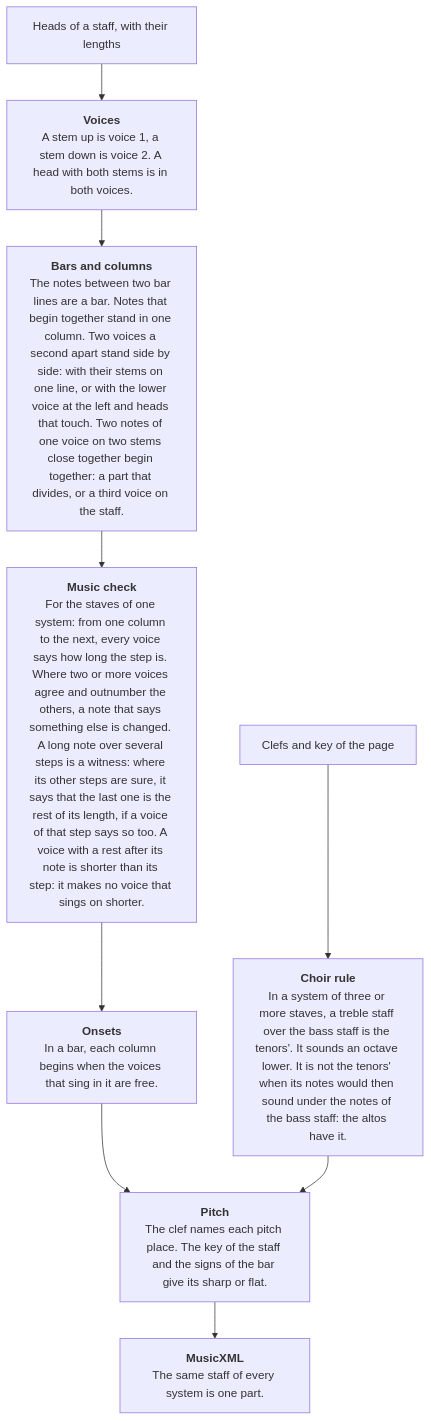
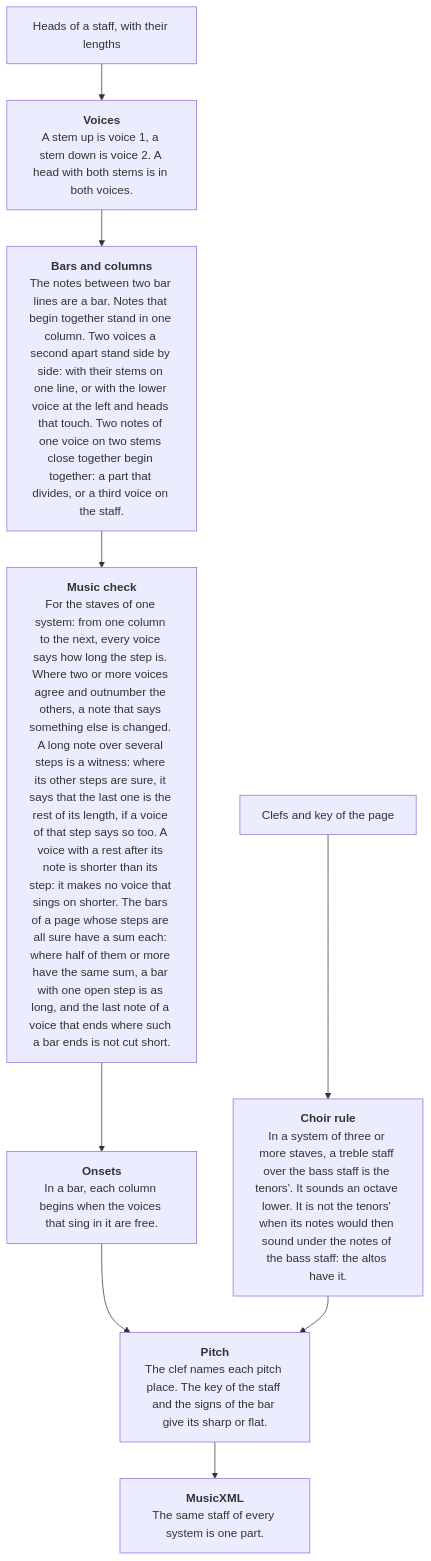
The ninth of 12 diagrams in README.md (sweet-cicero/ScoreReader), drawn with Mermaid before and after one commit. The commit also changed other lines of this file and 5 other files, not shown here.

First line of the commit message:
The full bar of a page fills an open step, and a short tie is read

````diff
--- a/README.md
+++ b/README.md
@@ -262,11 +262,11 @@
 ```mermaid
 flowchart TD
     heads["Heads of a staff, with their lengths"] --> voices["<b>Voices</b><br/>A stem up is voice 1, a stem down is voice 2. A head with both stems is in both voices."]
     voices --> columns["<b>Bars and columns</b><br/>The notes between two bar lines are a bar. Notes that begin together stand in one column. Two voices a second apart stand side by side: with their stems on one line, or with the lower voice at the left and heads that touch. Two notes of one voice on two stems close together begin together: a part that divides, or a third voice on the staff."]
-    columns --> check["<b>Music check</b><br/>For the staves of one system: from one column to the next, every voice says how long the step is. Where two or more voices agree and outnumber the others, a note that says something else is changed. A long note over several steps is a witness: where its other steps are sure, it says that the last one is the rest of its length, if a voice of that step says so too. A voice with a rest after its note is shorter than its step: it makes no voice that sings on shorter."]
+    columns --> check["<b>Music check</b><br/>For the staves of one system: from one column to the next, every voice says how long the step is. Where two or more voices agree and outnumber the others, a note that says something else is changed. A long note over several steps is a witness: where its other steps are sure, it says that the last one is the rest of its length, if a voice of that step says so too. A voice with a rest after its note is shorter than its step: it makes no voice that sings on shorter. The bars of a page whose steps are all sure have a sum each: where half of them or more have the same sum, a bar with one open step is as long, and the last note of a voice that ends where such a bar ends is not cut short."]
     check --> onsets["<b>Onsets</b><br/>In a bar, each column begins when the voices that sing in it are free."]
     onsets --> pitch["<b>Pitch</b><br/>The clef names each pitch place. The key of the staff and the signs of the bar give its sharp or flat."]
     clefs["Clefs and key of the page"] --> tenor["<b>Choir rule</b><br/>In a system of three or more staves, a treble staff over the bass staff is the tenors'. It sounds an octave lower. It is not the tenors' when its notes would then sound under the notes of the bass staff: the altos have it."]
     tenor --> pitch
     pitch --> xml["<b>MusicXML</b><br/>The same staff of every system is one part."]
 ```
````
